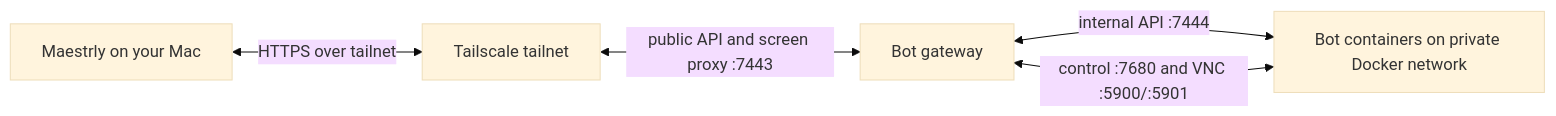
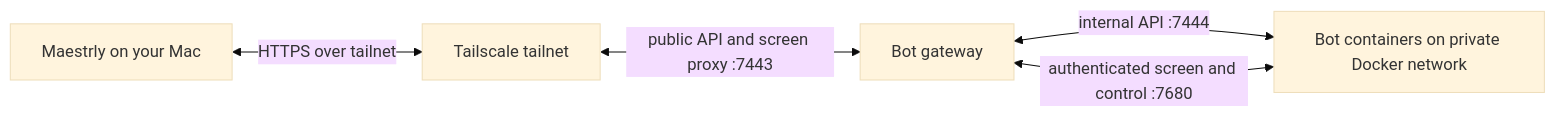
Before and after one commit to antonioducs/maestrly-app: the diagram in docs/bot-fleet.md, drawn with Mermaid (base theme). The commit also changed other lines of this file and 21 other files, not shown here.

````diff
--- a/docs/bot-fleet.md
+++ b/docs/bot-fleet.md
@@ -7,7 +7,7 @@
 ```mermaid
 flowchart LR
   Mac[Maestrly on your Mac] <-->|HTTPS over tailnet| Tailnet[Tailscale tailnet]
   Tailnet <-->|public API and screen proxy :7443| Gateway[Bot gateway]
   Gateway <-->|internal API :7444| Bots[Bot containers on private Docker network]
-  Bots <-->|control :7680 and VNC :5900/:5901| Gateway
+  Bots <-->|authenticated screen and control :7680| Gateway
 ```
````
